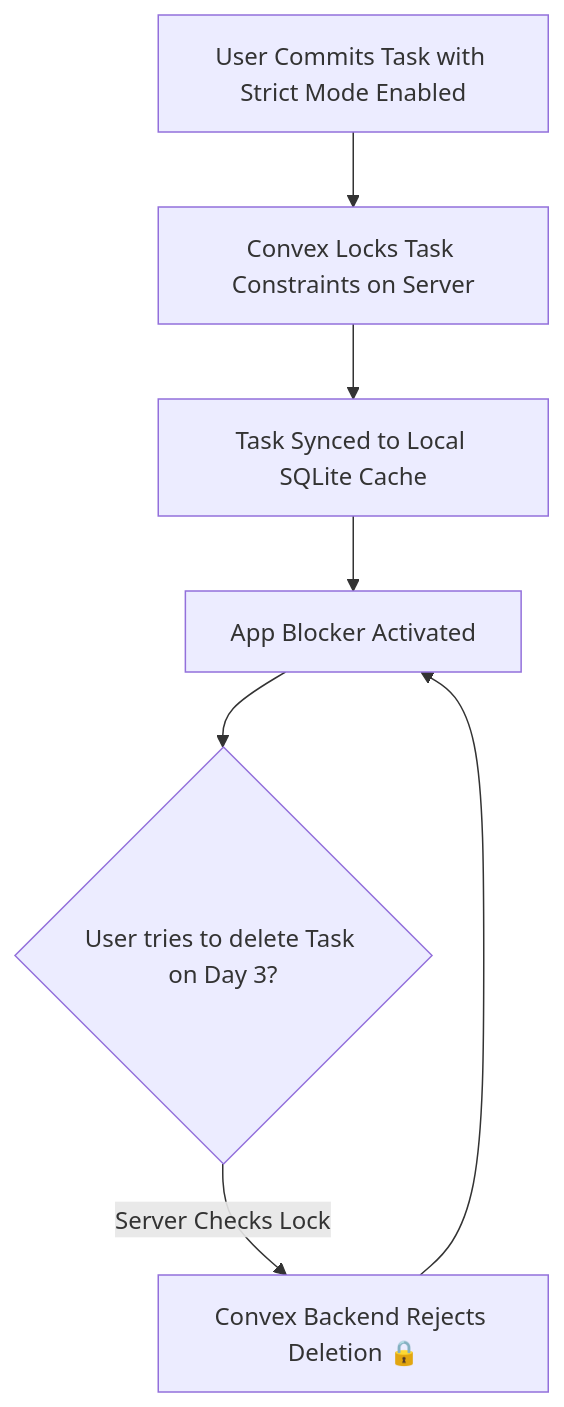
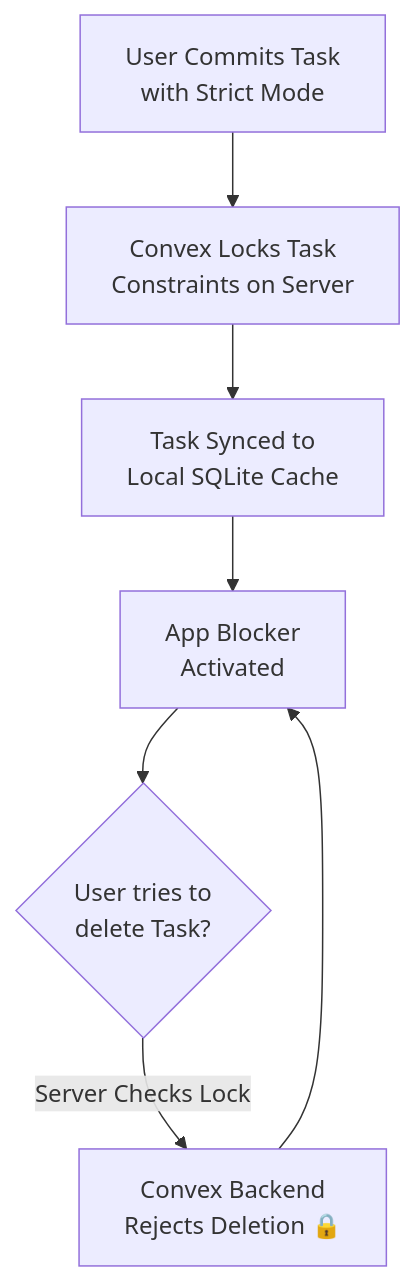
The third of 3 diagrams in index.mdx (Maajith9127/mintlify-docs), drawn with Mermaid before and after one commit. The commit also changed other lines of this file, not shown here.

````diff
--- a/index.mdx
+++ b/index.mdx
@@ -87,9 +87,9 @@
 ```mermaid
 flowchart TD
-    Commit[User Commits Task with Strict Mode Enabled] --> Sync[Convex Locks Task Constraints on Server]
-    Sync --> LocalDB[Task Synced to Local SQLite Cache]
-    LocalDB --> Block[App Blocker Activated]
-    Block --> Attempt{User tries to delete Task on Day 3?}
-    Attempt -->|Server Checks Lock| Rejected[Convex Backend Rejects Deletion 🔒]
+    Commit[User Commits Task<br/>with Strict Mode] --> Sync[Convex Locks Task<br/>Constraints on Server]
+    Sync --> LocalDB[Task Synced to<br/>Local SQLite Cache]
+    LocalDB --> Block[App Blocker<br/>Activated]
+    Block --> Attempt{User tries to<br/>delete Task?}
+    Attempt -->|Server Checks Lock| Rejected[Convex Backend<br/>Rejects Deletion 🔒]
     Rejected --> Block
 ```
````
